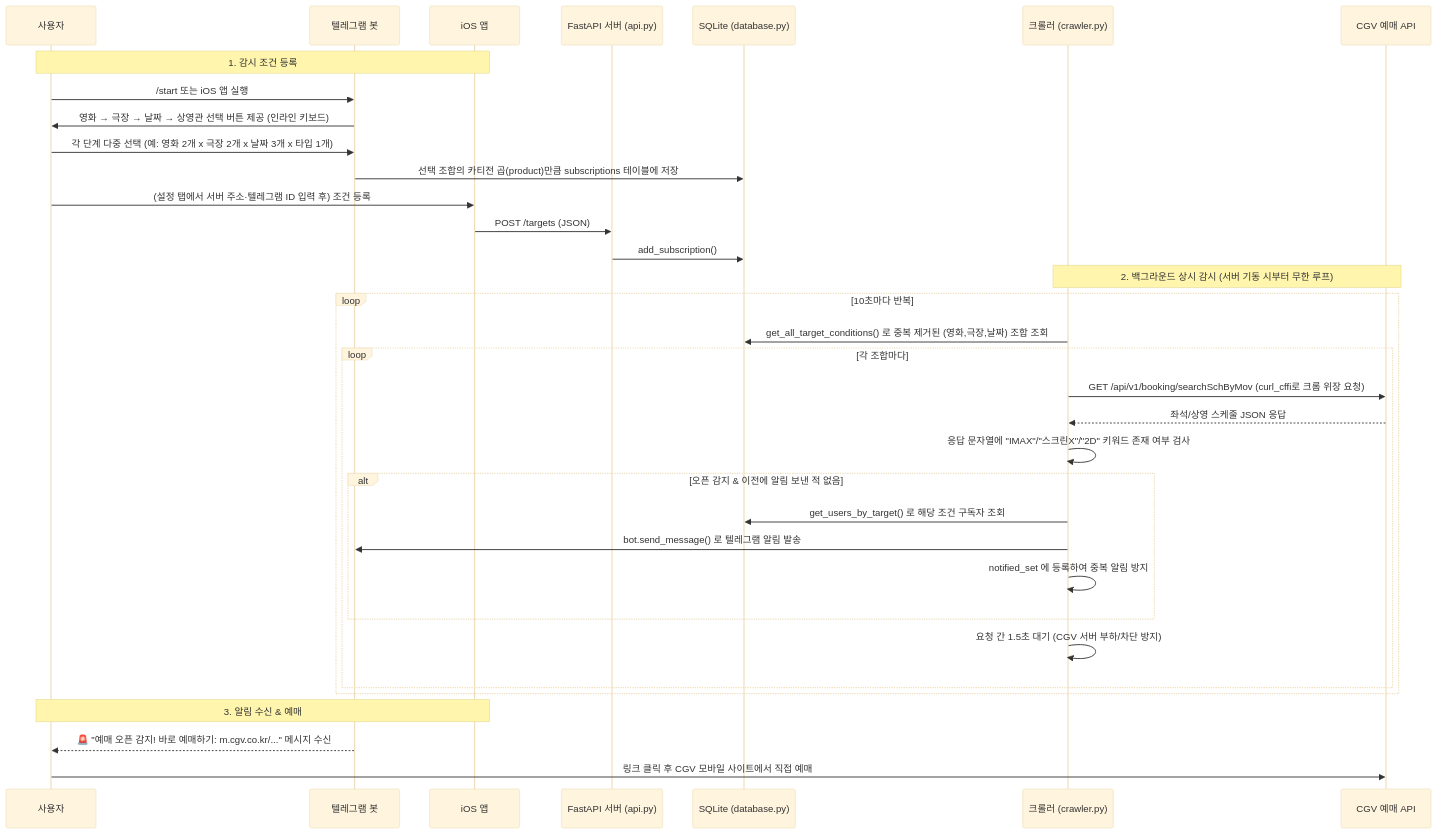
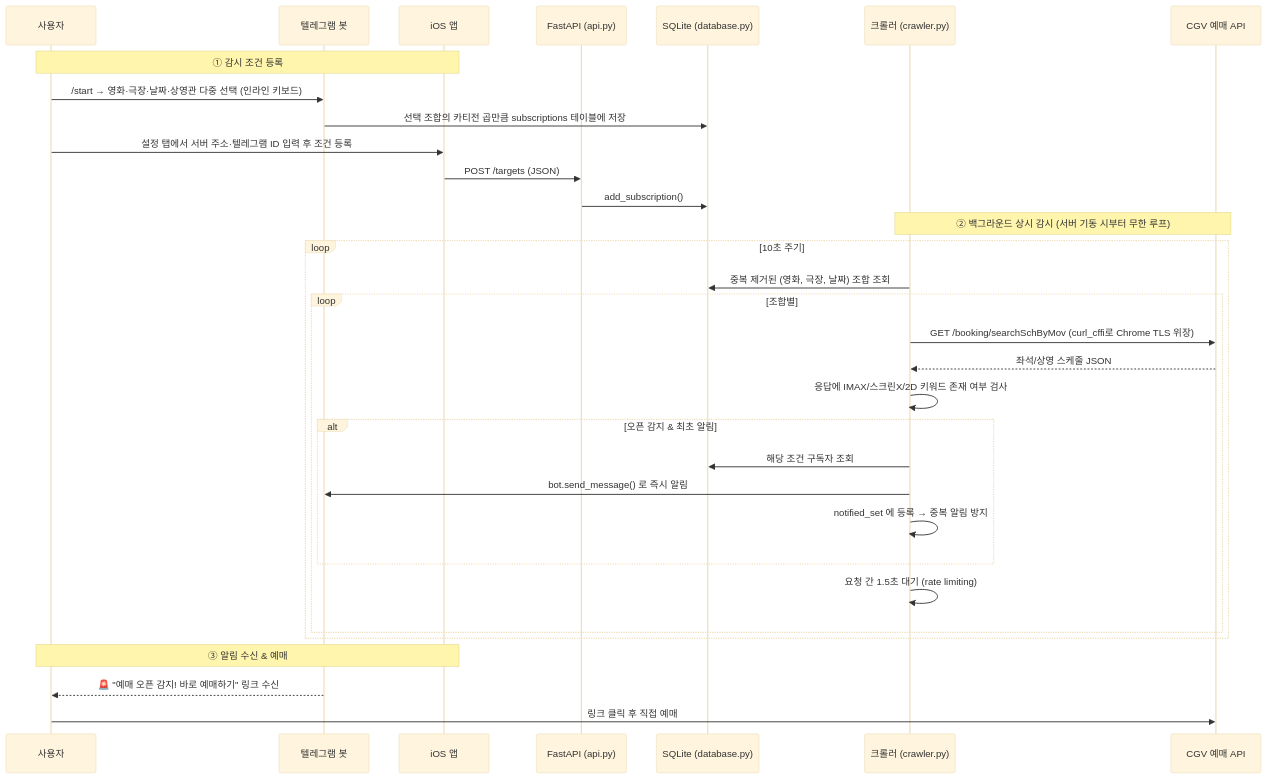
Before and after one commit to HwangJuseok/cgv_watcher: the diagram in README.md, drawn with Mermaid (base theme). The commit also changed other lines of this file, not shown here.

````diff
--- a/README.md
+++ b/README.md
@@ -61,39 +46,37 @@
 ```mermaid
 sequenceDiagram
     participant U as 사용자
     participant TG as 텔레그램 봇
     participant IOS as iOS 앱
-    participant API as FastAPI 서버 (api.py)
+    participant API as FastAPI (api.py)
     participant DB as SQLite (database.py)
     participant CR as 크롤러 (crawler.py)
     participant CGV as CGV 예매 API
 
-    Note over U,IOS: 1. 감시 조건 등록
-    U->>TG: /start 또는 iOS 앱 실행
-    TG->>U: 영화 → 극장 → 날짜 → 상영관 선택 버튼 제공 (인라인 키보드)
-    U->>TG: 각 단계 다중 선택 (예: 영화 2개 x 극장 2개 x 날짜 3개 x 타입 1개)
-    TG->>DB: 선택 조합의 카티전 곱(product)만큼 subscriptions 테이블에 저장
-    U->>IOS: (설정 탭에서 서버 주소·텔레그램 ID 입력 후) 조건 등록
+    Note over U,IOS: ① 감시 조건 등록
+    U->>TG: /start → 영화·극장·날짜·상영관 다중 선택 (인라인 키보드)
+    TG->>DB: 선택 조합의 카티전 곱만큼 subscriptions 테이블에 저장
+    U->>IOS: 설정 탭에서 서버 주소·텔레그램 ID 입력 후 조건 등록
     IOS->>API: POST /targets (JSON)
     API->>DB: add_subscription()
 
-    Note over CR,CGV: 2. 백그라운드 상시 감시 (서버 기동 시부터 무한 루프)
-    loop 10초마다 반복
-        CR->>DB: get_all_target_conditions() 로 중복 제거된 (영화,극장,날짜) 조합 조회
-        loop 각 조합마다
-            CR->>CGV: GET /api/v1/booking/searchSchByMov (curl_cffi로 크롬 위장 요청)
-            CGV-->>CR: 좌석/상영 스케줄 JSON 응답
-            CR->>CR: 응답 문자열에 "IMAX"/"스크린X"/"2D" 키워드 존재 여부 검사
-            alt 오픈 감지 & 이전에 알림 보낸 적 없음
-                CR->>DB: get_users_by_target() 로 해당 조건 구독자 조회
-                CR->>TG: bot.send_message() 로 텔레그램 알림 발송
-                CR->>CR: notified_set 에 등록하여 중복 알림 방지
+    Note over CR,CGV: ② 백그라운드 상시 감시 (서버 기동 시부터 무한 루프)
+    loop 10초 주기
+        CR->>DB: 중복 제거된 (영화, 극장, 날짜) 조합 조회
+        loop 조합별
+            CR->>CGV: GET /booking/searchSchByMov (curl_cffi로 Chrome TLS 위장)
+            CGV-->>CR: 좌석/상영 스케줄 JSON
+            CR->>CR: 응답에 IMAX/스크린X/2D 키워드 존재 여부 검사
+            alt 오픈 감지 & 최초 알림
+                CR->>DB: 해당 조건 구독자 조회
+                CR->>TG: bot.send_message() 로 즉시 알림
+                CR->>CR: notified_set 에 등록 → 중복 알림 방지
             end
-            CR->>CR: 요청 간 1.5초 대기 (CGV 서버 부하/차단 방지)
+            CR->>CR: 요청 간 1.5초 대기 (rate limiting)
         end
     end
 
-    Note over U,IOS: 3. 알림 수신 & 예매
-    TG-->>U: 🚨 "예매 오픈 감지! 바로 예매하기: m.cgv.co.kr/..." 메시지 수신
-    U->>CGV: 링크 클릭 후 CGV 모바일 사이트에서 직접 예매
+    Note over U,IOS: ③ 알림 수신 & 예매
+    TG-->>U: 🚨 "예매 오픈 감지! 바로 예매하기" 링크 수신
+    U->>CGV: 링크 클릭 후 직접 예매
 ```
````
